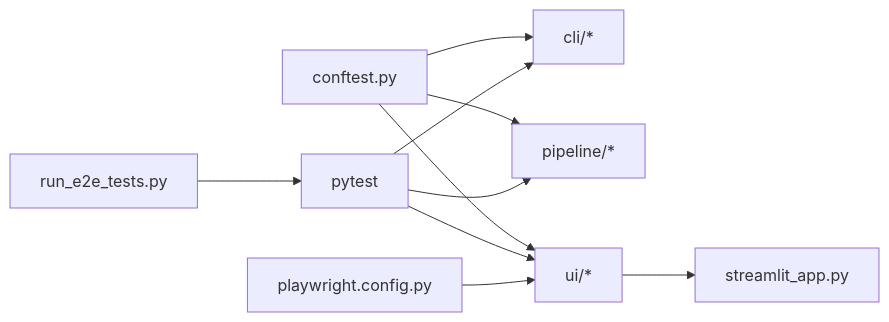
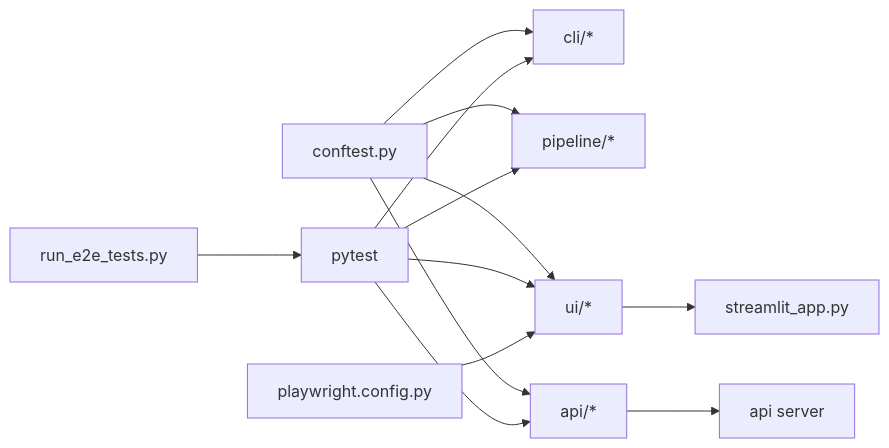
Before and after one commit to boyingliu01/fault-review-analyzer: the seventh of 7 diagrams in .qoder/repowiki/zh/content/测试策略/端到端测试/端到端测试.md, drawn with Mermaid. The commit also changed other lines of this file and 125 other files, not shown here.

````diff
--- a/.qoder/repowiki/zh/content/测试策略/端到端测试/端到端测试.md
+++ b/.qoder/repowiki/zh/content/测试策略/端到端测试/端到端测试.md
@@ -320,12 +396,15 @@
 ```mermaid
 graph LR
 Conf["conftest.py"] --> CLI["cli/*"]
 Conf --> Pipe["pipeline/*"]
 Conf --> UI["ui/*"]
+Conf --> API["api/*"]
 Runner["run_e2e_tests.py"] --> Pytest["pytest"]
 Pytest --> CLI
 Pytest --> Pipe
 Pytest --> UI
+Pytest --> API
 UI --> App["streamlit_app.py"]
+API --> Server["api server"]
 PWConf["playwright.config.py"] --> UI
 ```
````
